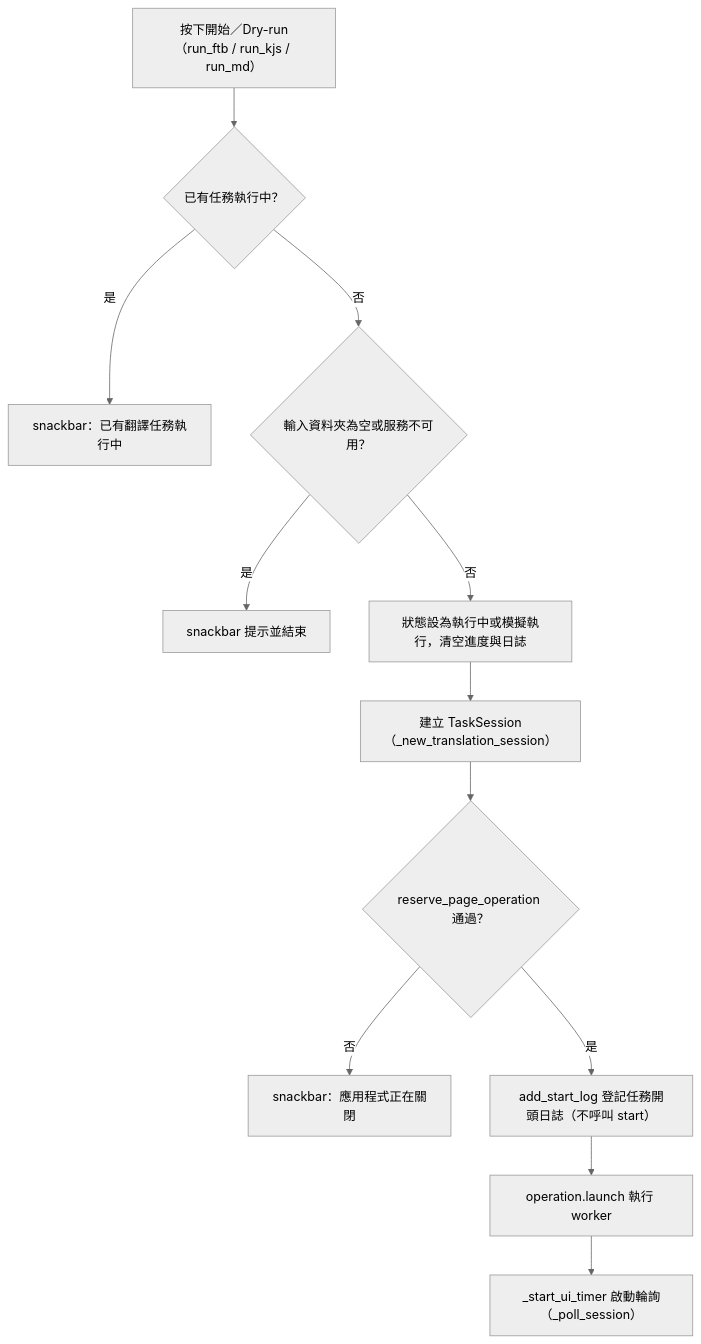
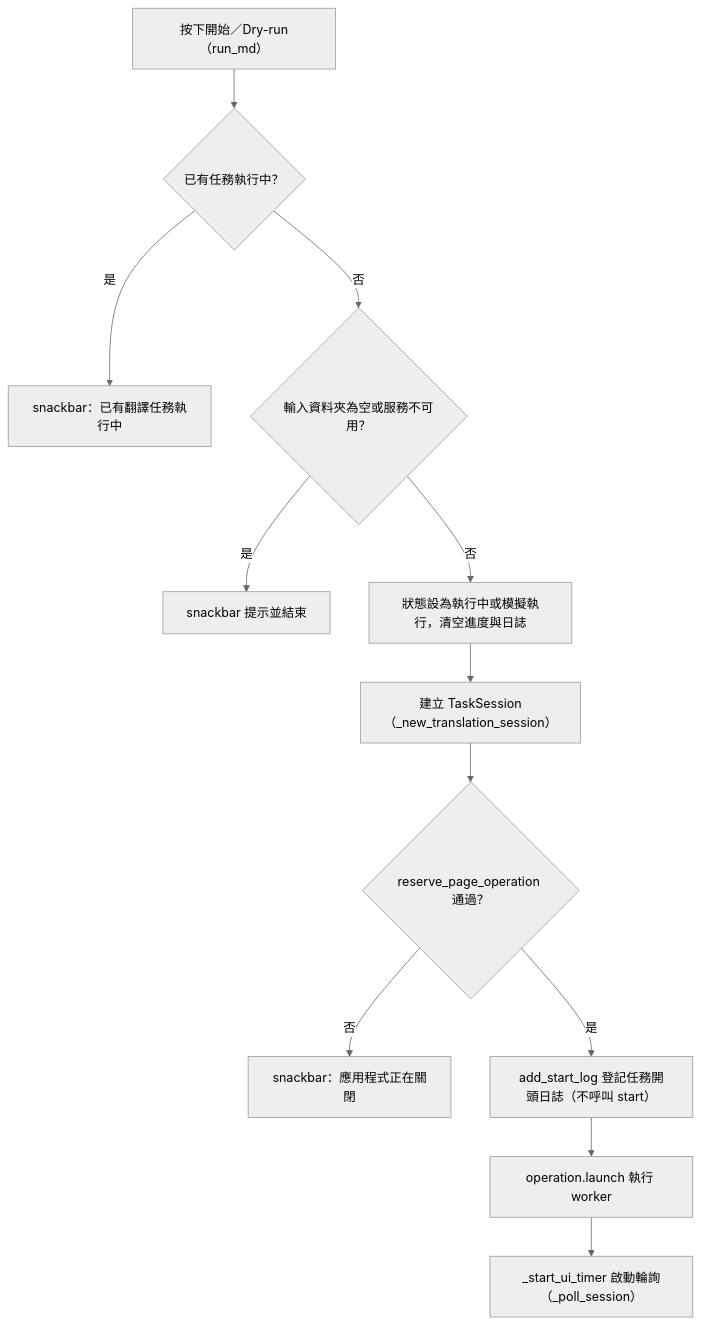
One commit to jlin53882/Minecraft-translate changed the first of 2 diagrams in docs/page_flows/translation.md. Above: the diagram before and after it, drawn with Mermaid (neutral theme). The commit also changed other lines of this file and 28 other files, not shown here.

````diff
--- a/docs/page_flows/translation.md
+++ b/docs/page_flows/translation.md
@@ -20,14 +18,14 @@
 ```mermaid
 flowchart TD
-  A["按下開始／Dry-run（run_ftb / run_kjs / run_md）"] --> B{"已有任務執行中？"}
+  A["按下開始／Dry-run（run_md）"] --> B{"已有任務執行中？"}
   B -- 是 --> B1["snackbar：已有翻譯任務執行中"]
   B -- 否 --> C{"輸入資料夾為空或服務不可用？"}
   C -- 是 --> C1["snackbar 提示並結束"]
   C -- 否 --> D["狀態設為執行中或模擬執行，清空進度與日誌"]
   D --> E["建立 TaskSession（_new_translation_session）"]
   E --> F{"reserve_page_operation 通過？"}
   F -- 否 --> F1["snackbar：應用程式正在關閉"]
   F -- 是 --> G["add_start_log 登記任務開頭日誌（不呼叫 start）"]
   G --> H["operation.launch 執行 worker"]
   H --> I["_start_ui_timer 啟動輪詢（_poll_session）"]
 ```
````
